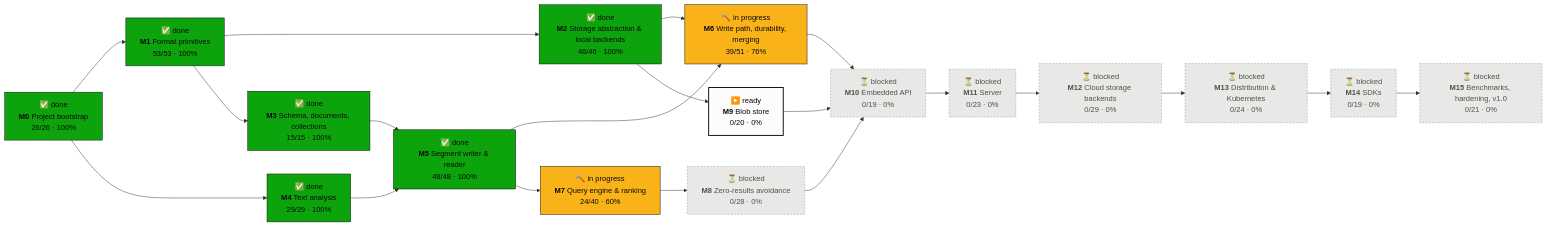
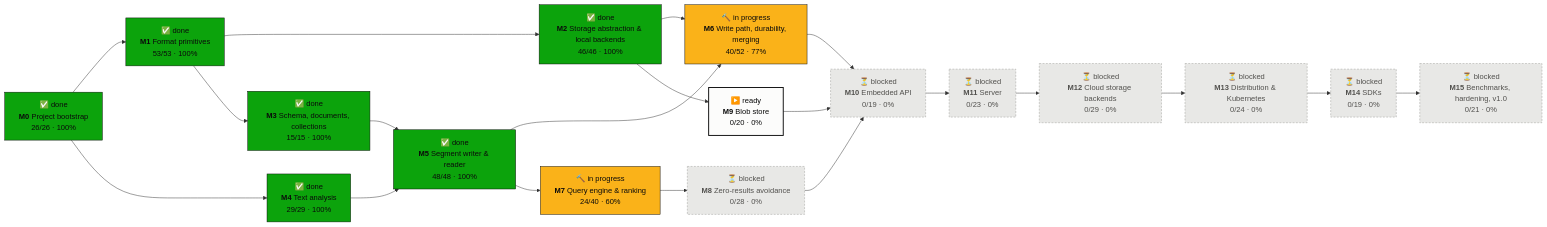
Before and after one commit to tomiok/persiaDB: the first of 2 diagrams in PROGRESS.md, drawn with Mermaid. The commit also changed other lines of this file and 12 other files, not shown here.

First line of the commit message:
fix: release the writer lock on drop; non-empty schema for wrong_types (#56)

````diff
--- a/PROGRESS.md
+++ b/PROGRESS.md
@@ -16,42 +16,42 @@
 ```mermaid
 flowchart LR
   M0["✅ done<br/><b>M0</b> Project bootstrap<br/>26/26 · 100%"]:::done
   M1["✅ done<br/><b>M1</b> Format primitives<br/>53/53 · 100%"]:::done
   M2["✅ done<br/><b>M2</b> Storage abstraction & local backends<br/>46/46 · 100%"]:::done
   M3["✅ done<br/><b>M3</b> Schema, documents, collections<br/>15/15 · 100%"]:::done
   M4["✅ done<br/><b>M4</b> Text analysis<br/>29/29 · 100%"]:::done
   M5["✅ done<br/><b>M5</b> Segment writer & reader<br/>48/48 · 100%"]:::done
-  M6["🔨 in progress<br/><b>M6</b> Write path, durability, merging<br/>39/51 · 76%"]:::doing
+  M6["🔨 in progress<br/><b>M6</b> Write path, durability, merging<br/>40/52 · 77%"]:::doing
   M7["🔨 in progress<br/><b>M7</b> Query engine & ranking<br/>24/40 · 60%"]:::doing
   M8["⏳ blocked<br/><b>M8</b> Zero-results avoidance<br/>0/28 · 0%"]:::blocked
   M9["▶️ ready<br/><b>M9</b> Blob store<br/>0/20 · 0%"]:::ready
   M10["⏳ blocked<br/><b>M10</b> Embedded API<br/>0/19 · 0%"]:::blocked
   M11["⏳ blocked<br/><b>M11</b> Server<br/>0/23 · 0%"]:::blocked
   M12["⏳ blocked<br/><b>M12</b> Cloud storage backends<br/>0/29 · 0%"]:::blocked
   M13["⏳ blocked<br/><b>M13</b> Distribution & Kubernetes<br/>0/24 · 0%"]:::blocked
   M14["⏳ blocked<br/><b>M14</b> SDKs<br/>0/19 · 0%"]:::blocked
   M15["⏳ blocked<br/><b>M15</b> Benchmarks, hardening, v1.0<br/>0/21 · 0%"]:::blocked
   M0 --> M1
   M1 --> M2
   M1 --> M3
   M0 --> M4
   M3 --> M5
   M4 --> M5
   M2 --> M6
   M5 --> M6
   M5 --> M7
   M7 --> M8
   M2 --> M9
   M6 --> M10
   M8 --> M10
   M9 --> M10
   M10 --> M11
   M11 --> M12
   M12 --> M13
   M13 --> M14
   M14 --> M15
   classDef done fill:#0ca30c,stroke:#0b0b0b,color:#0b0b0b
   classDef doing fill:#fab219,stroke:#0b0b0b,color:#0b0b0b
   classDef ready fill:#fcfcfb,stroke:#0b0b0b,stroke-width:2px,color:#0b0b0b
   classDef blocked fill:#e8e8e6,stroke:#9a9a96,stroke-dasharray:4 3,color:#52514e
 ```
````
